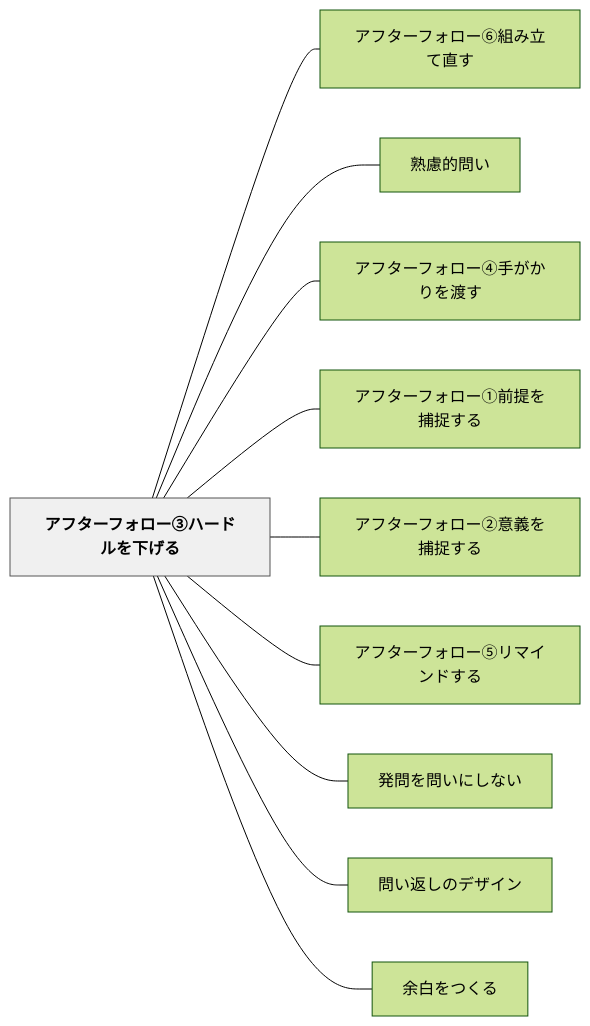
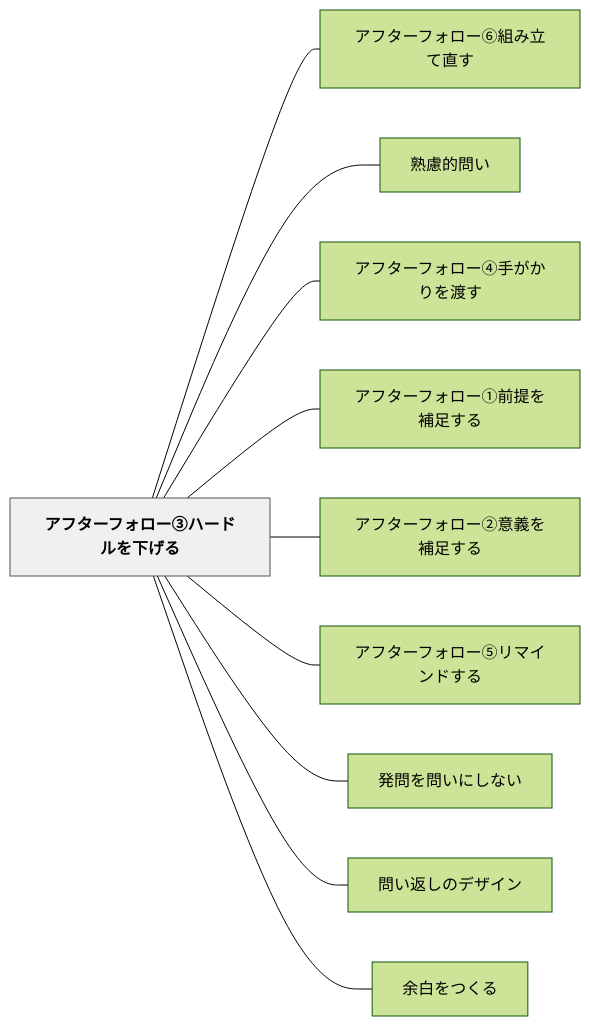
One commit to unknownthings-ed-patterns/unknownthings-ed-patterns changed the diagram in content/パタン/アフターフォロー③ハードルを下げる.md. Above: the diagram before and after it, drawn with Mermaid (forest theme). The commit also changed other lines of this file and 28 other files, not shown here.

````diff
--- a/content/パタン/アフターフォロー③ハードルを下げる.md
+++ b/content/パタン/アフターフォロー③ハードルを下げる.md
@@ -70,26 +70,26 @@
 ```mermaid
 flowchart LR
     ne382a2e38395e382bfe383bce38395e382a9e383ade383bce291a2e3838fe383bce38389e383abe38292e4b88be38192e3828b["アフターフォロー③ハードルを下げる"]
     ne382a2e38395e382bfe383bce38395e382a9e383ade383bce291a5e7b584e381bfe7ab8be381a6e79bb4e38199["アフターフォロー⑥組み立て直す"]
     ne7869fe685aee79a84e5958fe38184["熟慮的問い"]
     ne382a2e38395e382bfe383bce38395e382a9e383ade383bce291a3e6898be3818ce3818be3828ae38292e6b8a1e38199["アフターフォロー④手がかりを渡す"]
-    ne382a2e38395e382bfe383bce38395e382a9e383ade383bce291a0e5898de68f90e38292e68d95e68d89e38199e3828b["アフターフォロー①前提を捕捉する"]
-    ne382a2e38395e382bfe383bce38395e382a9e383ade383bce291a1e6848fe7bea9e38292e68d95e68d89e38199e3828b["アフターフォロー②意義を捕捉する"]
+    ne382a2e38395e382bfe383bce38395e382a9e383ade383bce291a0e5898de68f90e38292e8a39ce8b6b3e38199e3828b["アフターフォロー①前提を補足する"]
+    ne382a2e38395e382bfe383bce38395e382a9e383ade383bce291a1e6848fe7bea9e38292e8a39ce8b6b3e38199e3828b["アフターフォロー②意義を補足する"]
     ne382a2e38395e382bfe383bce38395e382a9e383ade383bce291a4e383aae3839ee382a4e383b3e38389e38199e3828b["アフターフォロー⑤リマインドする"]
     ne799bae5958fe38292e5958fe38184e381abe38197e381aae38184["発問を問いにしない"]
     ne5958fe38184e8bf94e38197e381aee38387e382b6e382a4e383b3["問い返しのデザイン"]
     ne4bd99e799bde38292e381a4e3818fe3828b["余白をつくる"]
 
     ne382a2e38395e382bfe383bce38395e382a9e383ade383bce291a2e3838fe383bce38389e383abe38292e4b88be38192e3828b --- ne382a2e38395e382bfe383bce38395e382a9e383ade383bce291a5e7b584e381bfe7ab8be381a6e79bb4e38199
     ne382a2e38395e382bfe383bce38395e382a9e383ade383bce291a2e3838fe383bce38389e383abe38292e4b88be38192e3828b --- ne7869fe685aee79a84e5958fe38184
     ne382a2e38395e382bfe383bce38395e382a9e383ade383bce291a2e3838fe383bce38389e383abe38292e4b88be38192e3828b --- ne382a2e38395e382bfe383bce38395e382a9e383ade383bce291a3e6898be3818ce3818be3828ae38292e6b8a1e38199
-    ne382a2e38395e382bfe383bce38395e382a9e383ade383bce291a2e3838fe383bce38389e383abe38292e4b88be38192e3828b --- ne382a2e38395e382bfe383bce38395e382a9e383ade383bce291a0e5898de68f90e38292e68d95e68d89e38199e3828b
-    ne382a2e38395e382bfe383bce38395e382a9e383ade383bce291a2e3838fe383bce38389e383abe38292e4b88be38192e3828b --- ne382a2e38395e382bfe383bce38395e382a9e383ade383bce291a1e6848fe7bea9e38292e68d95e68d89e38199e3828b
+    ne382a2e38395e382bfe383bce38395e382a9e383ade383bce291a2e3838fe383bce38389e383abe38292e4b88be38192e3828b --- ne382a2e38395e382bfe383bce38395e382a9e383ade383bce291a0e5898de68f90e38292e8a39ce8b6b3e38199e3828b
+    ne382a2e38395e382bfe383bce38395e382a9e383ade383bce291a2e3838fe383bce38389e383abe38292e4b88be38192e3828b --- ne382a2e38395e382bfe383bce38395e382a9e383ade383bce291a1e6848fe7bea9e38292e8a39ce8b6b3e38199e3828b
     ne382a2e38395e382bfe383bce38395e382a9e383ade383bce291a2e3838fe383bce38389e383abe38292e4b88be38192e3828b --- ne382a2e38395e382bfe383bce38395e382a9e383ade383bce291a4e383aae3839ee382a4e383b3e38389e38199e3828b
     ne382a2e38395e382bfe383bce38395e382a9e383ade383bce291a2e3838fe383bce38389e383abe38292e4b88be38192e3828b --- ne799bae5958fe38292e5958fe38184e381abe38197e381aae38184
     ne382a2e38395e382bfe383bce38395e382a9e383ade383bce291a2e3838fe383bce38389e383abe38292e4b88be38192e3828b --- ne5958fe38184e8bf94e38197e381aee38387e382b6e382a4e383b3
     ne382a2e38395e382bfe383bce38395e382a9e383ade383bce291a2e3838fe383bce38389e383abe38292e4b88be38192e3828b --- ne4bd99e799bde38292e381a4e3818fe3828b
 
     classDef hub fill:#f0f0f0,stroke:#555,color:#000,font-weight:bold
     class ne382a2e38395e382bfe383bce38395e382a9e383ade383bce291a2e3838fe383bce38389e383abe38292e4b88be38192e3828b hub
 ```
````
